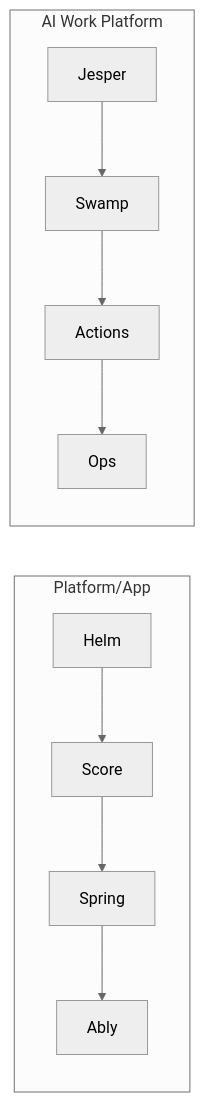
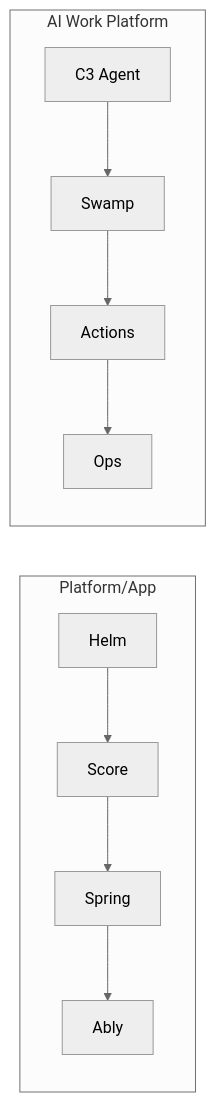
The diagram in docs/agentic-gitops/03-worked-examples/04-eight-example-story-cards.md (confighub/cub-gen), drawn with Mermaid (neutral theme) before and after one commit. The commit also changed other lines of this file and 12 other files, not shown here.

First line of the commit message:
docs: make c3agent and swamp generators visible, retire jesper-ai-cloud (#110)

````diff
--- a/docs/agentic-gitops/03-worked-examples/04-eight-example-story-cards.md
+++ b/docs/agentic-gitops/03-worked-examples/04-eight-example-story-cards.md
@@ -23,10 +23,10 @@
 ```mermaid
 flowchart LR
   subgraph Track1["Platform/App"]
     E1["Helm"] --> E2["Score"] --> E3["Spring"] --> E4["Ably"]
   end
 
   subgraph Track2["AI Work Platform"]
-    E5["Jesper"] --> E6["Swamp"] --> E7["Actions"] --> E8["Ops"]
+    E5["C3 Agent"] --> E6["Swamp"] --> E7["Actions"] --> E8["Ops"]
   end
 ```
````
